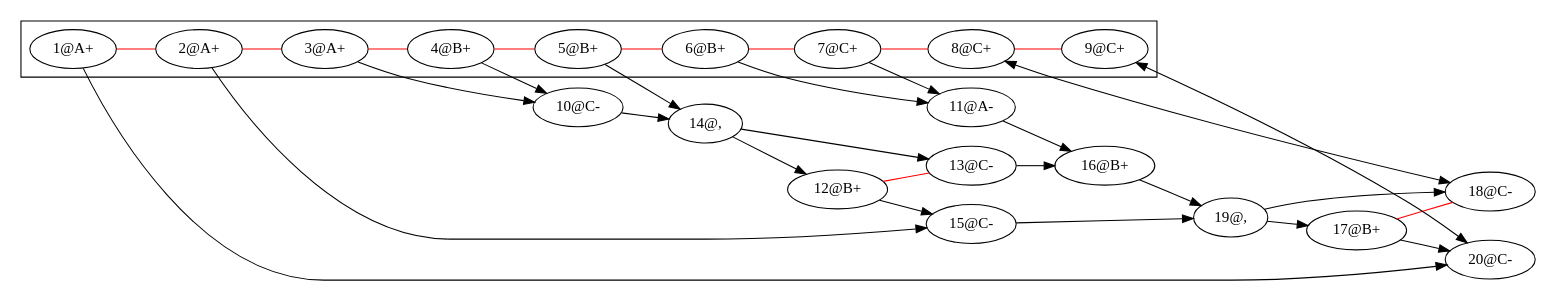
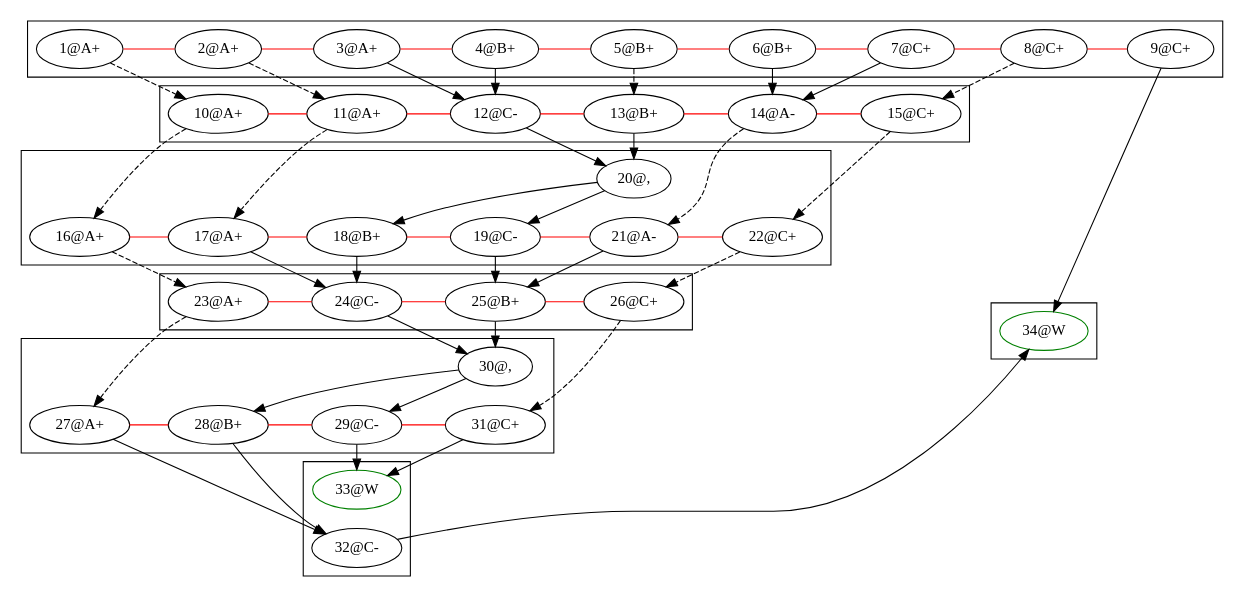
The diagram in promotion/web.gv (omelkonian/LoLa), drawn with Graphviz before and after one commit. The commit also changed 2 other files, not shown here.

```diff
--- a/promotion/web.gv
+++ b/promotion/web.gv
@@ -1,56 +1,116 @@
 digraph web {
 	rankdir=LR
 	subgraph cluster_0 {
-		rankdir=LR
+		rank=same
 		"1@A+"
 		"2@A+"
 		"3@A+"
 		"4@B+"
 		"5@B+"
 		"6@B+"
 		"7@C+"
 		"8@C+"
 		"9@C+"
 		"1@A+" -> "2@A+" [color=red constraint=true dir=none]
 		"2@A+" -> "3@A+" [color=red constraint=true dir=none]
 		"3@A+" -> "4@B+" [color=red constraint=true dir=none]
 		"4@B+" -> "5@B+" [color=red constraint=true dir=none]
 		"5@B+" -> "6@B+" [color=red constraint=true dir=none]
 		"6@B+" -> "7@C+" [color=red constraint=true dir=none]
 		"7@C+" -> "8@C+" [color=red constraint=true dir=none]
 		"8@C+" -> "9@C+" [color=red constraint=true dir=none]
 	}
-	"10@C-"
-	"3@A+" -> "10@C-" [constraint=true]
-	"4@B+" -> "10@C-" [constraint=true]
-	"11@A-"
-	"6@B+" -> "11@A-" [constraint=true]
-	"7@C+" -> "11@A-" [constraint=true]
-	"12@B+"
-	"13@C-"
-	"14@,"
-	"10@C-" -> "14@," [constraint=true]
-	"5@B+" -> "14@," [constraint=true]
-	"12@B+" -> "13@C-" [color=red constraint=true dir=none]
-	"14@," -> "13@C-" [constraint=true]
-	"14@," -> "12@B+" [constraint=true]
-	"15@C-"
-	"2@A+" -> "15@C-" [constraint=true]
-	"12@B+" -> "15@C-" [constraint=true]
-	"16@B+"
-	"13@C-" -> "16@B+" [constraint=true]
-	"11@A-" -> "16@B+" [constraint=true]
-	"17@B+"
-	"18@C-"
-	"19@,"
-	"15@C-" -> "19@," [constraint=true]
-	"16@B+" -> "19@," [constraint=true]
-	"17@B+" -> "18@C-" [color=red constraint=true dir=none]
-	"19@," -> "18@C-" [constraint=true]
-	"19@," -> "17@B+" [constraint=true]
-	"20@C-"
-	"1@A+" -> "20@C-" [constraint=true]
-	"17@B+" -> "20@C-" [constraint=true]
-	"18@C-" -> "8@C+" [constraint=false dir=both]
-	"20@C-" -> "9@C+" [constraint=false dir=both]
+	"12@C-"
+	"14@A-"
+	subgraph cluster_1 {
+		rank=same
+		"10@A+"
+		"1@A+" -> "10@A+" [constraint=false style=dashed]
+		"11@A+"
+		"2@A+" -> "11@A+" [constraint=false style=dashed]
+		"3@A+" -> "12@C-" [constraint=true]
+		"12@C-" -> "4@B+" [constraint=true dir=back]
+		"13@B+"
+		"5@B+" -> "13@B+" [constraint=false style=dashed]
+		"6@B+" -> "14@A-" [constraint=true]
+		"14@A-" -> "7@C+" [constraint=true dir=back]
+		"15@C+"
+		"8@C+" -> "15@C+" [constraint=false style=dashed]
+		"10@A+" -> "11@A+" [color=red constraint=true dir=none]
+		"11@A+" -> "12@C-" [color=red constraint=true dir=none]
+		"12@C-" -> "13@B+" [color=red constraint=true dir=none]
+		"13@B+" -> "14@A-" [color=red constraint=true dir=none]
+		"14@A-" -> "15@C+" [color=red constraint=true dir=none]
+	}
+	"18@B+"
+	"19@C-"
+	subgraph cluster_2 {
+		rank=same
+		"16@A+"
+		"10@A+" -> "16@A+" [constraint=false style=dashed]
+		"17@A+"
+		"11@A+" -> "17@A+" [constraint=false style=dashed]
+		"20@,"
+		"12@C-" -> "20@," [constraint=true]
+		"20@," -> "13@B+" [constraint=true dir=back]
+		"20@," -> "18@B+" [constraint=true]
+		"19@C-" -> "20@," [constraint=true dir=back]
+		"21@A-"
+		"14@A-" -> "21@A-" [constraint=false style=dashed]
+		"22@C+"
+		"15@C+" -> "22@C+" [constraint=false style=dashed]
+		"16@A+" -> "17@A+" [color=red constraint=true dir=none]
+		"17@A+" -> "18@B+" [color=red constraint=true dir=none]
+		"18@B+" -> "19@C-" [color=red constraint=true dir=none]
+		"19@C-" -> "21@A-" [color=red constraint=true dir=none]
+		"21@A-" -> "22@C+" [color=red constraint=true dir=none]
+	}
+	"24@C-"
+	"25@B+"
+	subgraph cluster_3 {
+		rank=same
+		"23@A+"
+		"16@A+" -> "23@A+" [constraint=false style=dashed]
+		"17@A+" -> "24@C-" [constraint=true]
+		"24@C-" -> "18@B+" [constraint=true dir=back]
+		"19@C-" -> "25@B+" [constraint=true]
+		"25@B+" -> "21@A-" [constraint=true dir=back]
+		"26@C+"
+		"22@C+" -> "26@C+" [constraint=false style=dashed]
+		"23@A+" -> "24@C-" [color=red constraint=true dir=none]
+		"24@C-" -> "25@B+" [color=red constraint=true dir=none]
+		"25@B+" -> "26@C+" [color=red constraint=true dir=none]
+	}
+	"28@B+"
+	"29@C-"
+	subgraph cluster_4 {
+		rank=same
+		"27@A+"
+		"23@A+" -> "27@A+" [constraint=false style=dashed]
+		"30@,"
+		"24@C-" -> "30@," [constraint=true]
+		"30@," -> "25@B+" [constraint=true dir=back]
+		"30@," -> "28@B+" [constraint=true]
+		"29@C-" -> "30@," [constraint=true dir=back]
+		"31@C+"
+		"26@C+" -> "31@C+" [constraint=false style=dashed]
+		"27@A+" -> "28@B+" [color=red constraint=true dir=none]
+		"28@B+" -> "29@C-" [color=red constraint=true dir=none]
+		"29@C-" -> "31@C+" [color=red constraint=true dir=none]
+	}
+	"32@C-"
+	subgraph cluster_5 {
+		rank=same
+		"27@A+" -> "32@C-" [constraint=true]
+		"32@C-" -> "28@B+" [constraint=true dir=back]
+		"33@W" [color=green]
+		"29@C-" -> "33@W" [constraint=true]
+		"33@W" -> "31@C+" [constraint=true dir=back]
+	}
+	subgraph cluster_6 {
+		rank=same
+		"34@W" [color=green]
+		"32@C-" -> "34@W" [constraint=true]
+		"34@W" -> "9@C+" [constraint=true dir=back]
+	}
 }
```
